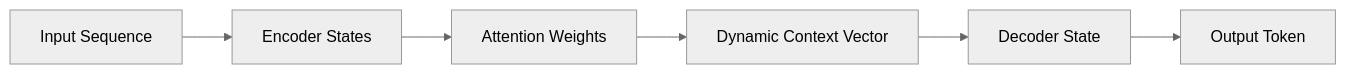
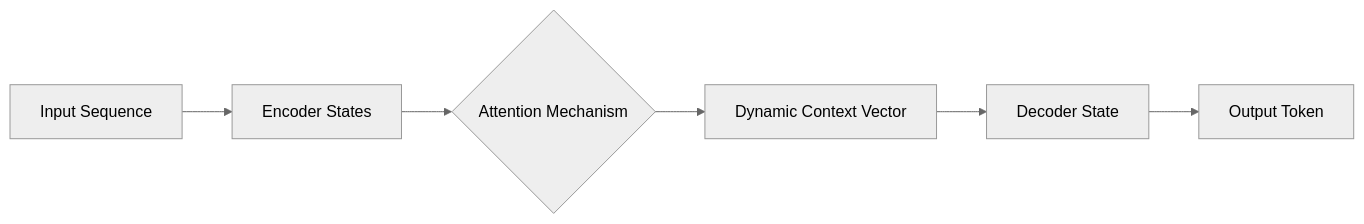
One commit to ShadowMonarchX/ai-ml-internship changed the second of 2 diagrams in Week - 5/Theory/Transformers/Seq2Seq_Model.md. Above: the diagram before and after it, drawn with Mermaid (neutral theme). The commit also changed other lines of this file, not shown here.

````diff
--- a/Week - 5/Theory/Transformers/Seq2Seq_Model.md
+++ b/Week - 5/Theory/Transformers/Seq2Seq_Model.md
@@ -254,11 +105,9 @@
 ```mermaid
 flowchart LR
-    X[Input Sequence]
-    X --> H[Encoder States]
-
-    H --> A[Attention Weights]
+    X[Input Sequence] --> H[Encoder States]
+    H --> A{Attention Mechanism}
     A --> C[Dynamic Context Vector]
-
     C --> D[Decoder State]
     D --> Y[Output Token]
+
 ```
````
